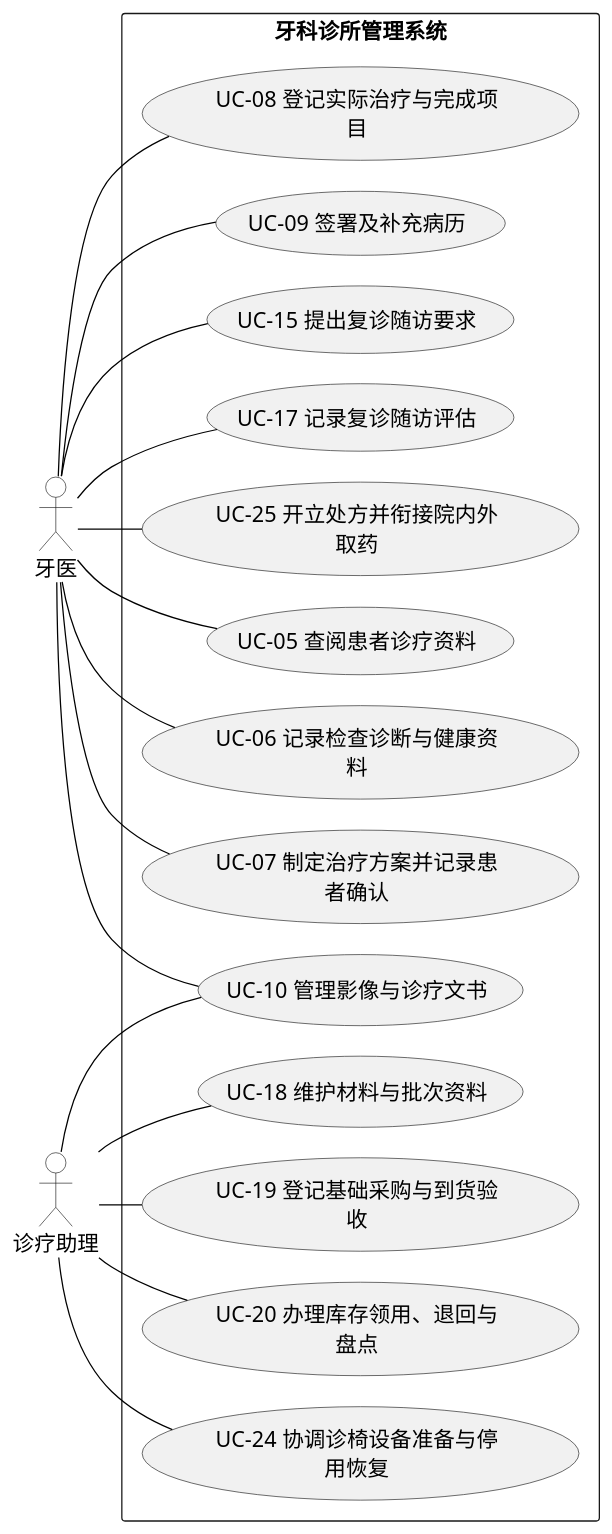
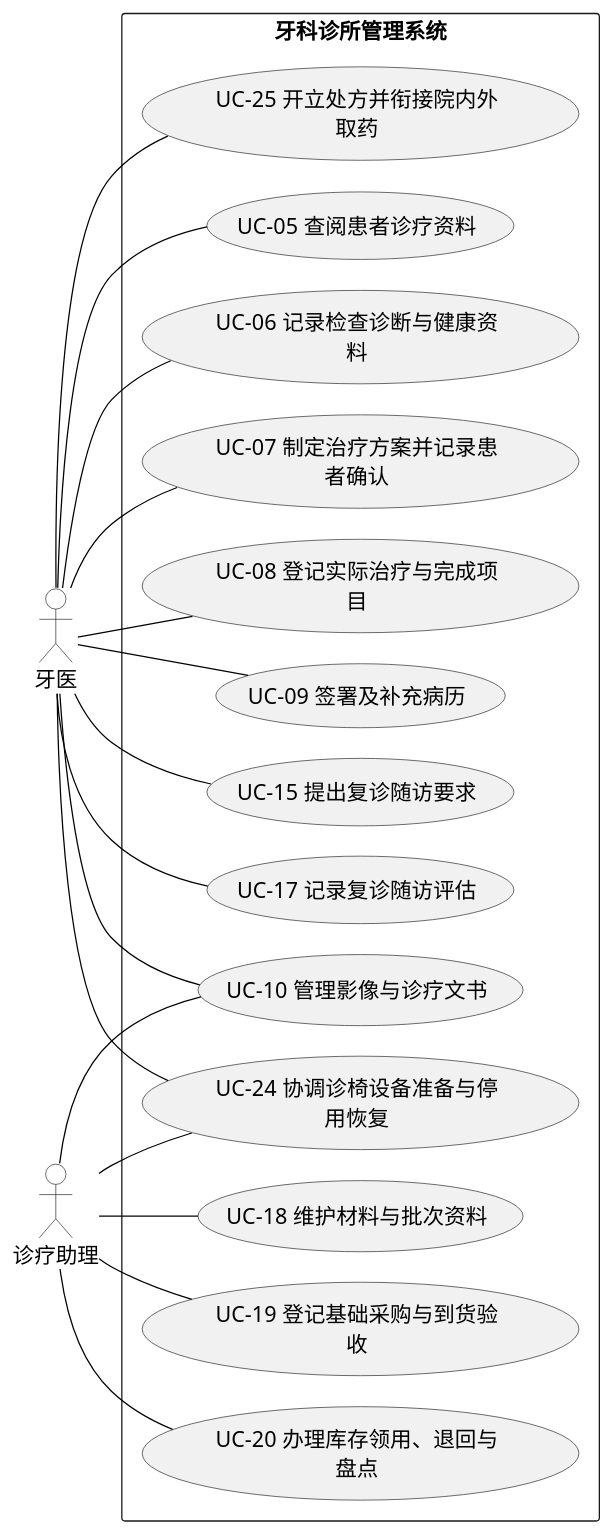
One commit to Shawmc-creator/systemAnalyseAndDesign changed the diagram in 01-需求文档/diagrams/integrated-20261019/system-role-2.puml. Above: the diagram before and after it, drawn with PlantUML. The commit also changed 693 other files, not shown here.

```diff
--- a/01-需求文档/diagrams/integrated-20261019/system-role-2.puml
+++ b/01-需求文档/diagrams/integrated-20261019/system-role-2.puml
@@ -1,50 +1,51 @@
 @startuml
 skinparam backgroundColor white
 skinparam shadowing false
 skinparam defaultFontName SimSun
 skinparam defaultFontSize 17
 skinparam ArrowColor black
 skinparam ClassBackgroundColor white
 skinparam ActorBackgroundColor white
 skinparam BoundaryBackgroundColor white
 skinparam ControlBackgroundColor white
 skinparam EntityBackgroundColor white
 skinparam NoteBackgroundColor white
 skinparam NoteBorderColor black
 skinparam classAttributeIconSize 0
 skinparam nodesep 24
 skinparam ranksep 34
 left to right direction
 actor "牙医" as A0
 actor "诊疗助理" as A1
 rectangle "牙科诊所管理系统" {
 usecase "UC-05 查阅患者诊疗资料" as U5
 usecase "UC-06 记录检查诊断与健康资\n料" as U6
 usecase "UC-07 制定治疗方案并记录患\n者确认" as U7
 usecase "UC-08 登记实际治疗与完成项\n目" as U8
 usecase "UC-09 签署及补充病历" as U9
 usecase "UC-10 管理影像与诊疗文书" as U10
 usecase "UC-15 提出复诊随访要求" as U15
 usecase "UC-17 记录复诊随访评估" as U17
 usecase "UC-18 维护材料与批次资料" as U18
 usecase "UC-19 登记基础采购与到货验\n收" as U19
 usecase "UC-20 办理库存领用、退回与\n盘点" as U20
 usecase "UC-24 协调诊椅设备准备与停\n用恢复" as U24
 usecase "UC-25 开立处方并衔接院内外\n取药" as U25
 }
 A0 -- U5
 A0 -- U6
 A0 -- U7
 A0 -- U8
 A0 -- U9
 A0 -- U10
 A0 -- U15
 A0 -- U17
+A0 -- U24
 A0 -- U25
 A1 -- U10
 A1 -- U18
 A1 -- U19
 A1 -- U20
 A1 -- U24
 
 @enduml
```
